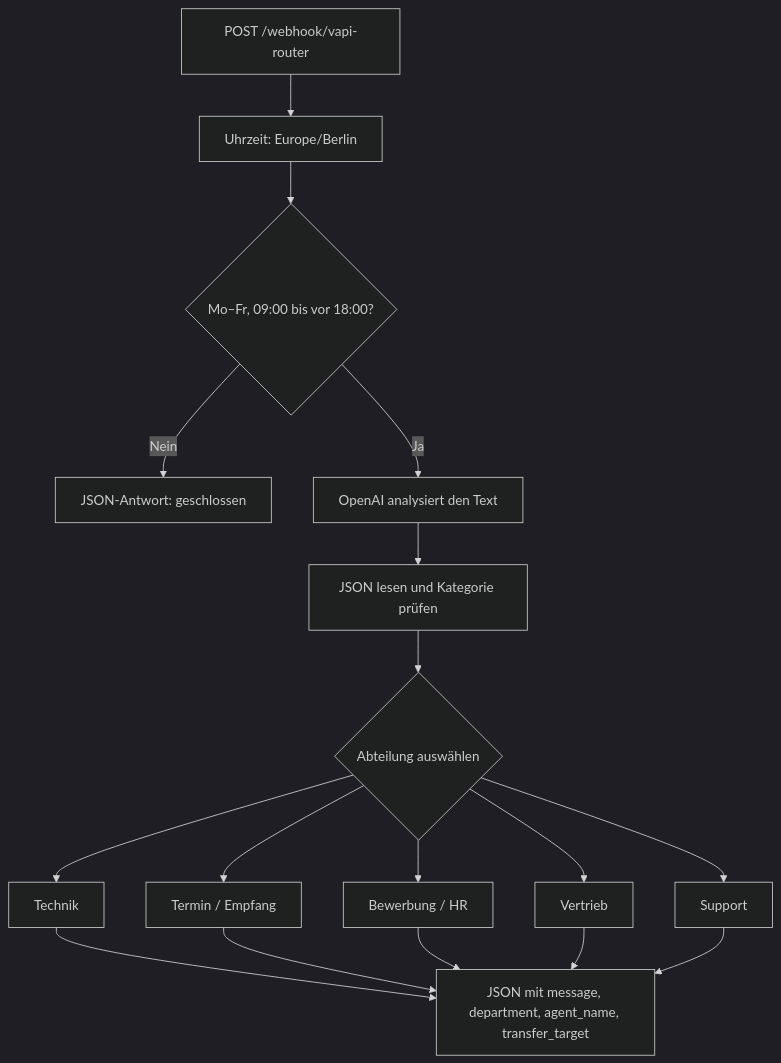
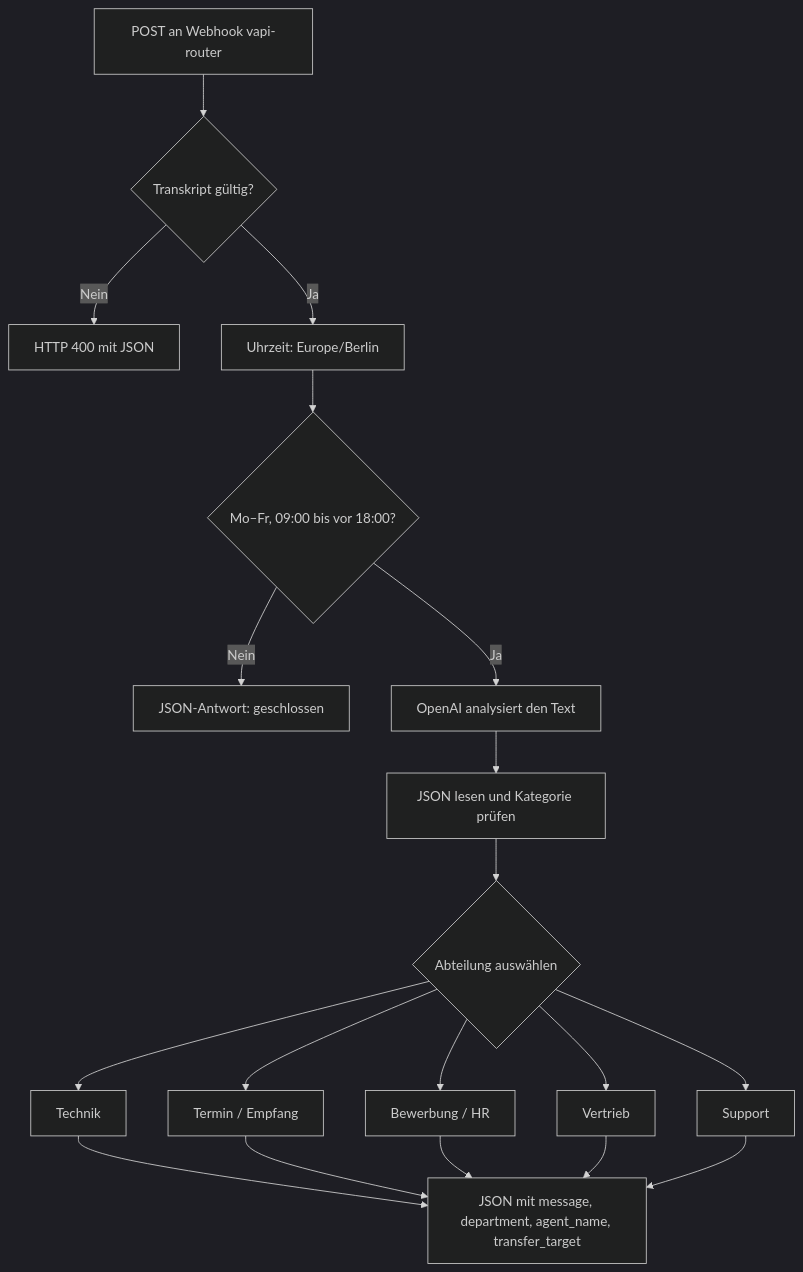
One commit to Mc-smail/ai-voice-routing changed the diagram in README.md. Above: the diagram before and after it, drawn with Mermaid (dark theme). The commit also changed other lines of this file and 2 other files, not shown here.

````diff
--- a/README.md
+++ b/README.md
@@ -9,19 +9,21 @@
 ```mermaid
 flowchart TD
-    A["POST /webhook/vapi-router"] --> B["Uhrzeit: Europe/Berlin"]
+    A["POST an Webhook vapi-router"] --> V{"Transkript gültig?"}
+    V -->|Nein| X["HTTP 400 mit JSON"]
+    V -->|Ja| B["Uhrzeit: Europe/Berlin"]
     B --> C{"Mo–Fr, 09:00 bis vor 18:00?"}
     C -->|Nein| D["JSON-Antwort: geschlossen"]
     C -->|Ja| E["OpenAI analysiert den Text"]
     E --> F["JSON lesen und Kategorie prüfen"]
     F --> G{"Abteilung auswählen"}
     G --> H["Technik"]
     G --> I["Termin / Empfang"]
     G --> J["Bewerbung / HR"]
     G --> K["Vertrieb"]
     G --> L["Support"]
     H --> M["JSON mit message, department, agent_name, transfer_target"]
     I --> M
     J --> M
     K --> M
     L --> M
 ```
````
